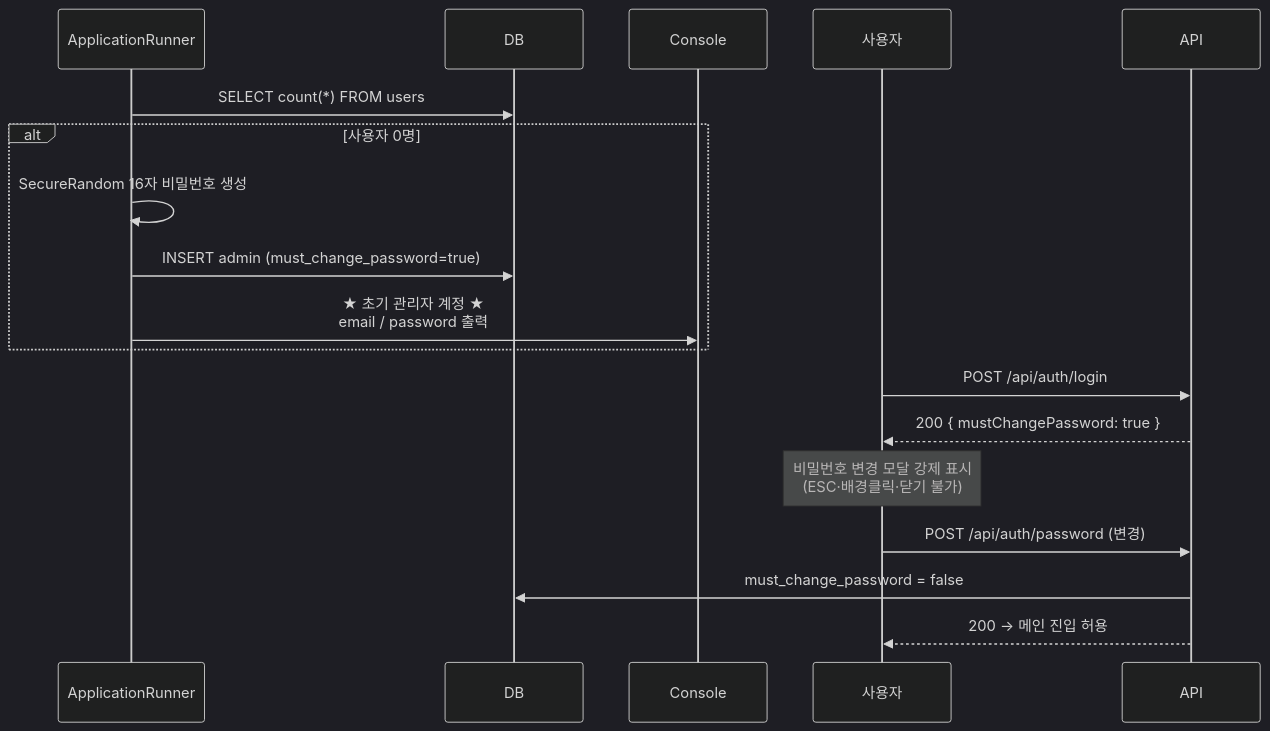
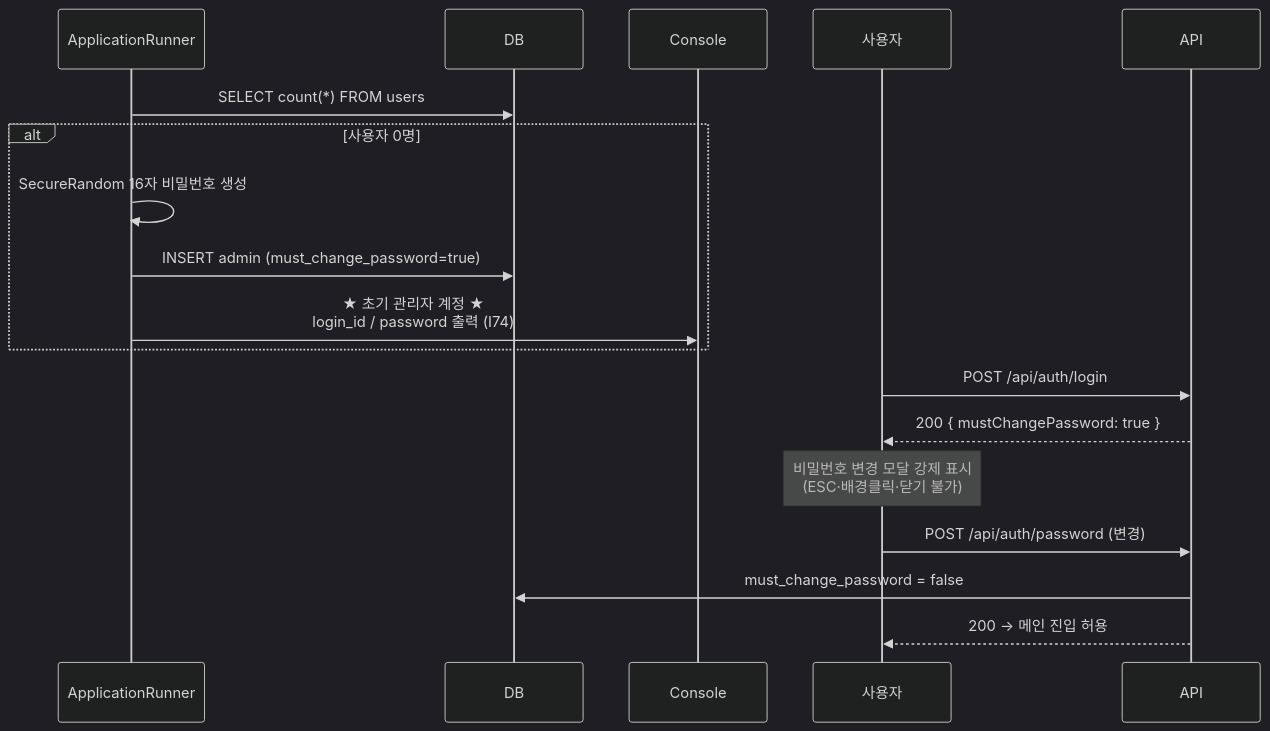
Before and after one commit to lyvius2/halley: the fifth of 14 diagrams in docs/DESIGN.md, drawn with Mermaid (dark theme). The commit also changed other lines of this file and 2 other files, not shown here.

````diff
--- a/docs/DESIGN.md
+++ b/docs/DESIGN.md
@@ -678,21 +708,21 @@
 ```mermaid
 sequenceDiagram
     participant Boot as ApplicationRunner
     participant DB
     participant Log as Console
     participant U as 사용자
     participant API
 
     Boot->>DB: SELECT count(*) FROM users
     alt 사용자 0명
         Boot->>Boot: SecureRandom 16자 비밀번호 생성
         Boot->>DB: INSERT admin (must_change_password=true)
-        Boot->>Log: ★ 초기 관리자 계정 ★<br/>email / password 출력
+        Boot->>Log: ★ 초기 관리자 계정 ★<br/>login_id / password 출력 (I74)
     end
     U->>API: POST /api/auth/login
     API-->>U: 200 { mustChangePassword: true }
     Note over U: 비밀번호 변경 모달 강제 표시<br/>(ESC·배경클릭·닫기 불가)
     U->>API: POST /api/auth/password (변경)
     API->>DB: must_change_password = false
     API-->>U: 200 → 메인 진입 허용
 ```
````
